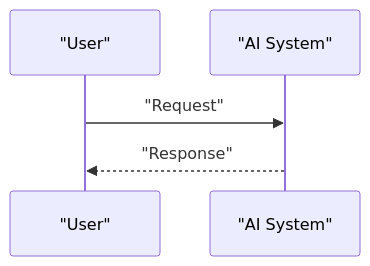
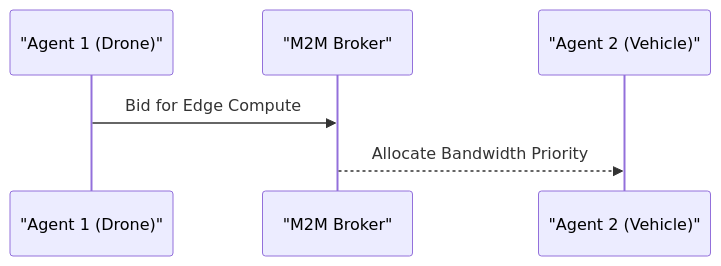
Before and after one commit to flouzzy/top-100-ai-startup-ideas: the second of 2 diagrams in ideas/m2m-agent-bandwidth-broker/README.md, drawn with Mermaid. The commit also changed other lines of this file and 19 other files, not shown here.

````diff
--- a/ideas/m2m-agent-bandwidth-broker/README.md
+++ b/ideas/m2m-agent-bandwidth-broker/README.md
@@ -37,7 +37,8 @@
 ```mermaid
 sequenceDiagram
-    participant U as "User"
-    participant S as "AI System"
-    U->>S: "Request"
-    S-->>U: "Response"
+    participant A1 as "Agent 1 (Drone)"
+    participant M as "M2M Broker"
+    participant A2 as "Agent 2 (Vehicle)"
+    A1->>M: Bid for Edge Compute
+    M-->>A2: Allocate Bandwidth Priority
 ```
````
